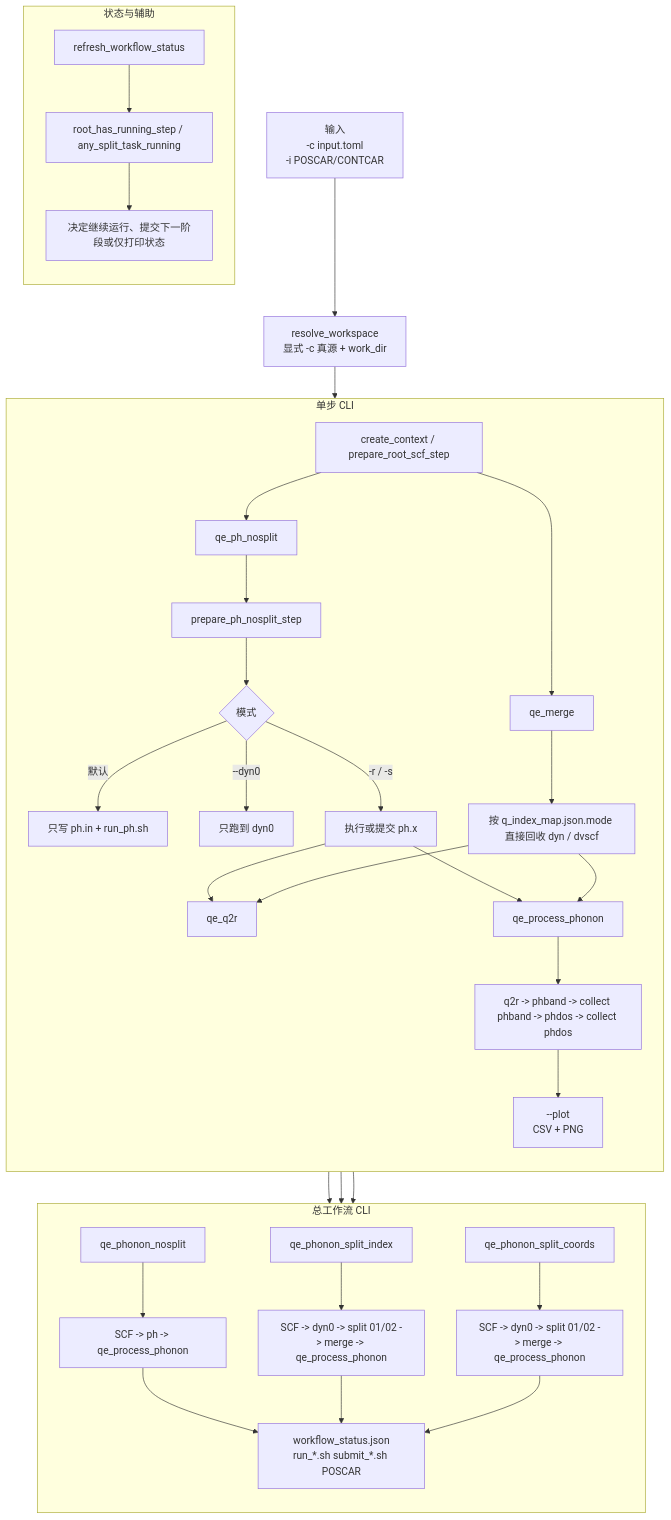
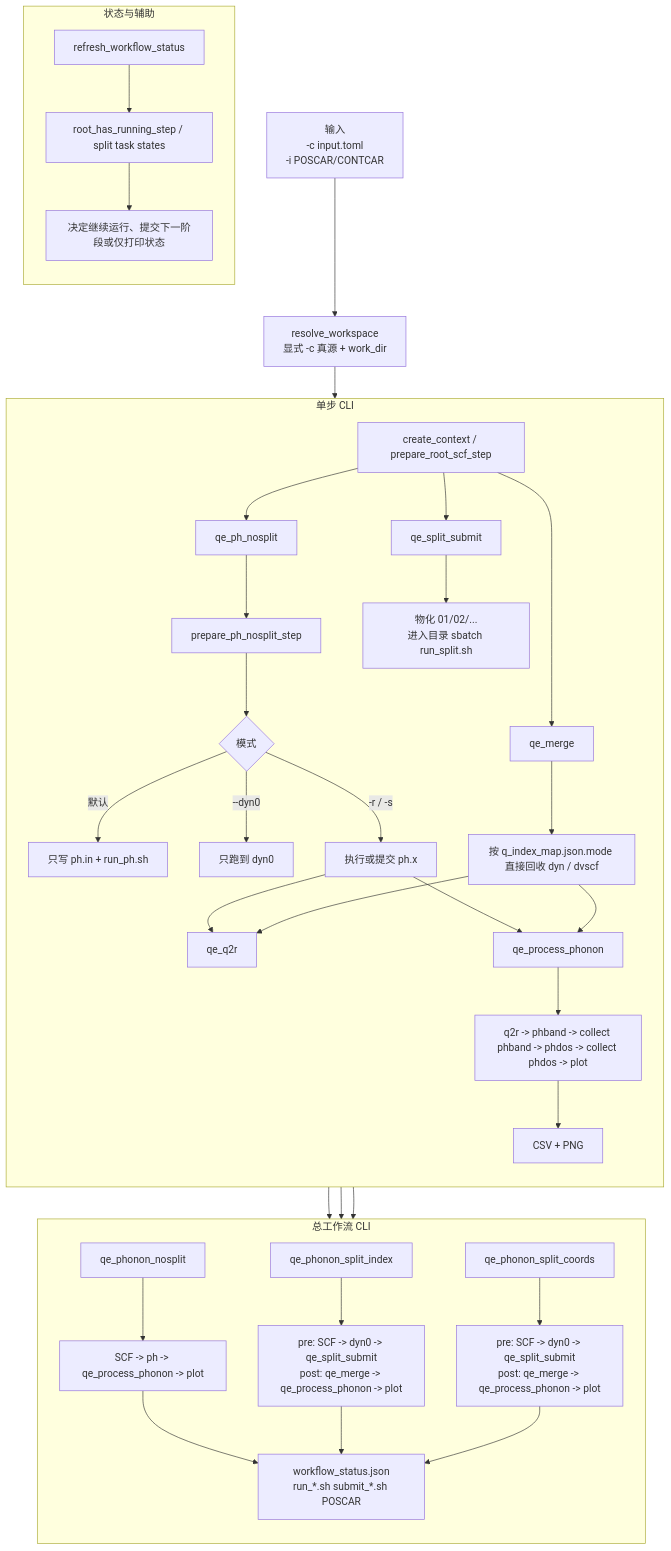
Before and after one commit to JLU-ICCMS-MaYuan/dftflow: the diagram in qeflow/phonon/phonon-cli-flow.mmd, drawn with Mermaid. The commit also changed 12 other files, not shown here.

```diff
--- a/qeflow/phonon/phonon-cli-flow.mmd
+++ b/qeflow/phonon/phonon-cli-flow.mmd
@@ -1,44 +1,46 @@
 flowchart TD
     A["输入<br/>-c input.toml<br/>-i POSCAR/CONTCAR"] --> B["resolve_workspace<br/>显式 -c 真源 + work_dir"]
     B --> C["create_context / prepare_root_scf_step"]
 
     subgraph P0["单步 CLI"]
         direction TD
         C --> P1["qe_ph_nosplit"]
         P1 --> P1A["prepare_ph_nosplit_step"]
         P1A --> P1B{"模式"}
         P1B -->|默认| P1C["只写 ph.in + run_ph.sh"]
         P1B -->| --dyn0 | P1D["只跑到 dyn0"]
         P1B -->| -r / -s | P1E["执行或提交 ph.x"]
 
         C --> P4["qe_merge"]
         P4 --> P4A["按 q_index_map.json.mode 直接回收 dyn / dvscf"]
+        C --> P4B["qe_split_submit"]
+        P4B --> P4C["物化 01/02/...<br/>进入目录 sbatch run_split.sh"]
 
         P1E --> P5["qe_q2r"]
         P4A --> P5
         P1E --> P6["qe_process_phonon"]
         P4A --> P6
-        P6 --> P6A["q2r -> phband -> collect phband -> phdos -> collect phdos"]
-        P6A --> P6B["--plot<br/>CSV + PNG"]
+        P6 --> P6A["q2r -> phband -> collect phband -> phdos -> collect phdos -> plot"]
+        P6A --> P6B["CSV + PNG"]
     end
 
     subgraph P8["总工作流 CLI"]
         direction TD
         C --> W1["qe_phonon_nosplit"]
         C --> W2["qe_phonon_split_index"]
         C --> W3["qe_phonon_split_coords"]
 
-        W1 --> W1A["SCF -> ph -> qe_process_phonon"]
-        W2 --> W2A["SCF -> dyn0 -> split 01/02 -> merge -> qe_process_phonon"]
-        W3 --> W3A["SCF -> dyn0 -> split 01/02 -> merge -> qe_process_phonon"]
+        W1 --> W1A["SCF -> ph -> qe_process_phonon -> plot"]
+        W2 --> W2A["pre: SCF -> dyn0 -> qe_split_submit<br/>post: qe_merge -> qe_process_phonon -> plot"]
+        W3 --> W3A["pre: SCF -> dyn0 -> qe_split_submit<br/>post: qe_merge -> qe_process_phonon -> plot"]
 
         W1A --> WS["workflow_status.json<br/>run_*.sh submit_*.sh POSCAR"]
         W2A --> WS
         W3A --> WS
     end
 
     subgraph P9["状态与辅助"]
         direction TD
-        H1["refresh_workflow_status"] --> H2["root_has_running_step / any_split_task_running"]
+        H1["refresh_workflow_status"] --> H2["root_has_running_step / split task states"]
         H2 --> H3["决定继续运行、提交下一阶段或仅打印状态"]
     end
```
